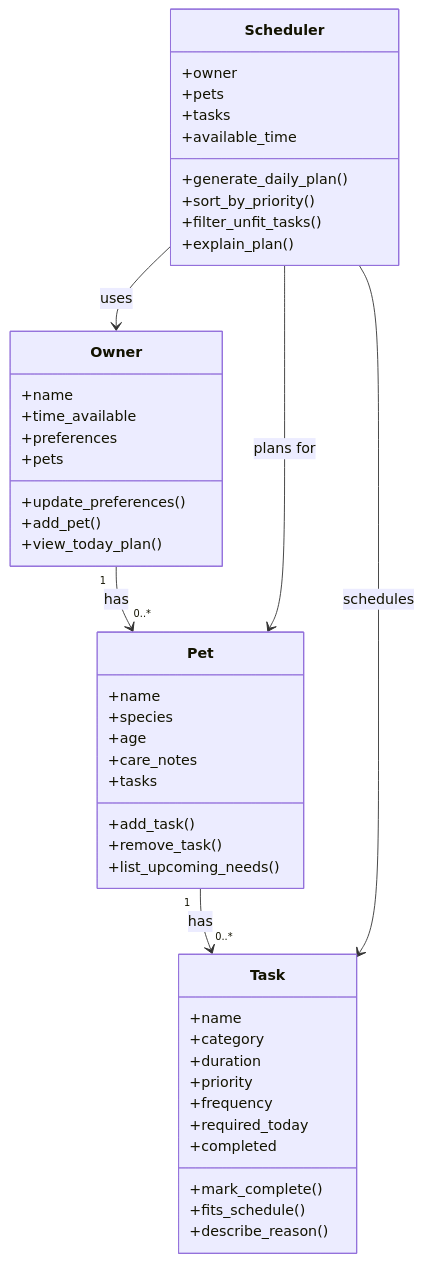
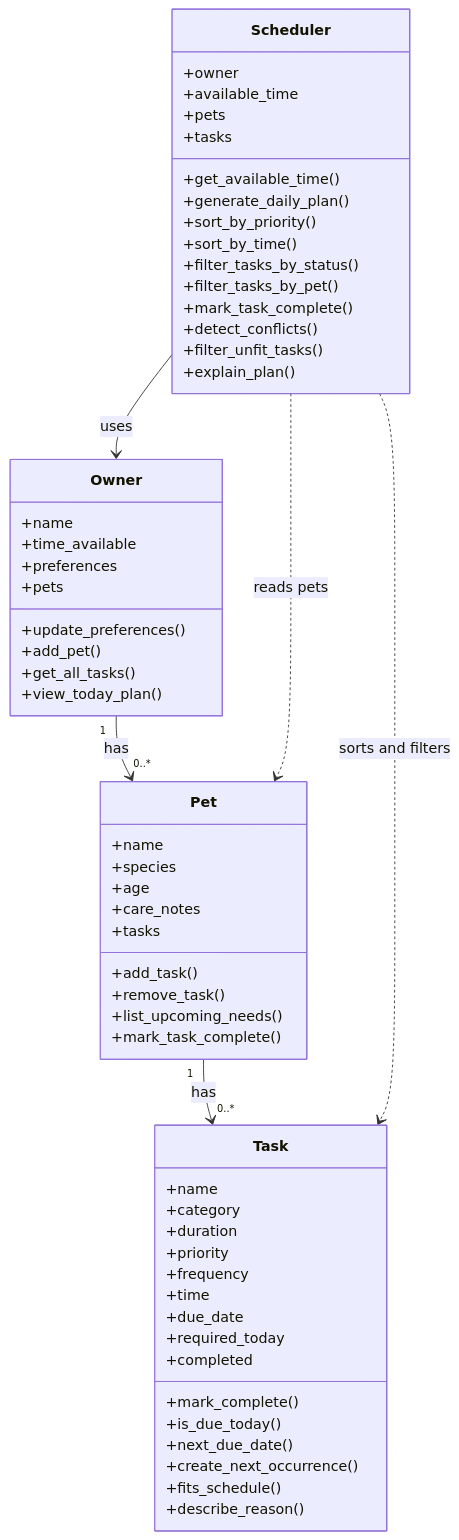
The diagram in reflection.md (sharif-alqaabi/ai110-module2show-pawpal-starter), drawn with Mermaid before and after one commit. The commit also changed other lines of this file and 7 other files, not shown here.

````diff
--- a/reflection.md
+++ b/reflection.md
@@ -14,53 +14,66 @@
 ```mermaid
 classDiagram
     class Owner {
         +name
         +time_available
         +preferences
         +pets
         +update_preferences()
         +add_pet()
+        +get_all_tasks()
         +view_today_plan()
     }
 
     class Pet {
         +name
         +species
         +age
         +care_notes
         +tasks
         +add_task()
         +remove_task()
         +list_upcoming_needs()
+        +mark_task_complete()
     }
 
     class Task {
         +name
         +category
         +duration
         +priority
         +frequency
+        +time
+        +due_date
         +required_today
         +completed
         +mark_complete()
+        +is_due_today()
+        +next_due_date()
+        +create_next_occurrence()
         +fits_schedule()
         +describe_reason()
     }
 
     class Scheduler {
         +owner
+        +available_time
         +pets
         +tasks
-        +available_time
+        +get_available_time()
         +generate_daily_plan()
         +sort_by_priority()
+        +sort_by_time()
+        +filter_tasks_by_status()
+        +filter_tasks_by_pet()
+        +mark_task_complete()
+        +detect_conflicts()
         +filter_unfit_tasks()
         +explain_plan()
     }
 
     Owner "1" --> "0..*" Pet : has
     Pet "1" --> "0..*" Task : has
     Scheduler --> Owner : uses
-    Scheduler --> Pet : plans for
-    Scheduler --> Task : schedules
+    Scheduler ..> Pet : reads pets
+    Scheduler ..> Task : sorts and filters
 ```
````
